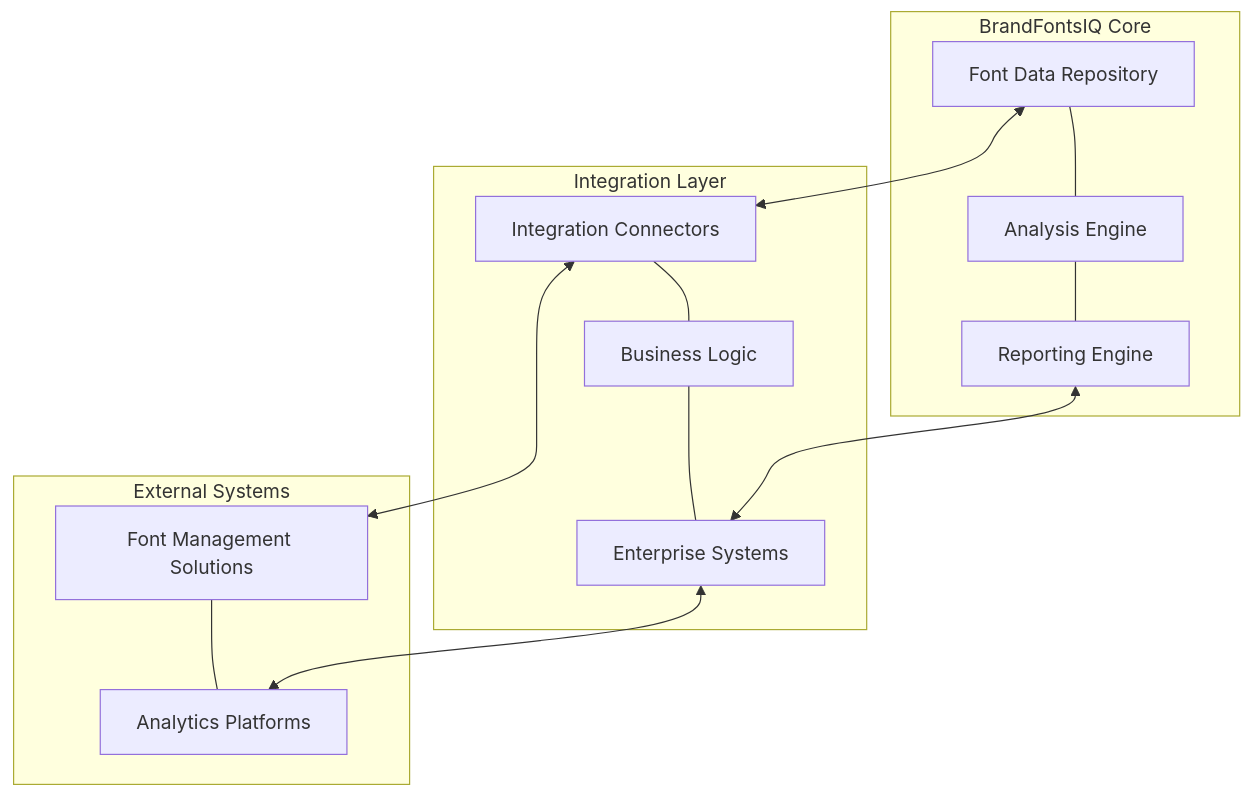
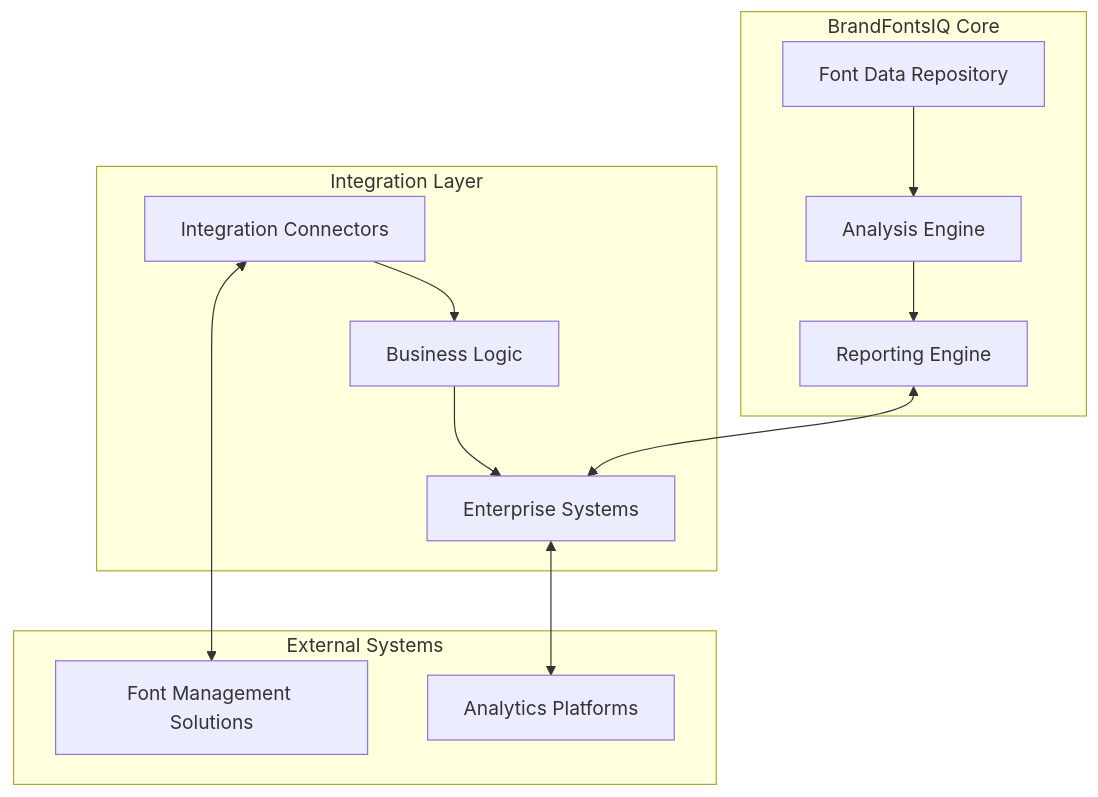
Before and after one commit to abjohnson5f/BrandFontsIQ: the diagram in integration.md, drawn with Mermaid. The commit also changed other lines of this file, not shown here.

````diff
--- a/integration.md
+++ b/integration.md
@@ -58,19 +60,19 @@
 ```mermaid
 flowchart TD
     subgraph Core["BrandFontsIQ Core"]
-        A["Font Data Repository"] --- B["Analysis Engine"] --- C["Reporting Engine"]
+        A["Font Data Repository"] --> B["Analysis Engine"] --> C["Reporting Engine"]
     end
     
     subgraph Integration["Integration Layer"]
-        D["Integration Connectors"] --- E["Business Logic"] --- F["Enterprise Systems"]
+        D["Integration Connectors"] --> E["Business Logic"] --> F["Enterprise Systems"]
     end
     
     subgraph External["External Systems"]
-        G["Font Management Solutions"] --- H["Analytics Platforms"]
+        G["Font Management Solutions"]
+        H["Analytics Platforms"]
     end
     
-    A <--> D
     C <--> F
     D <--> G
     F <--> H
 ```
````
